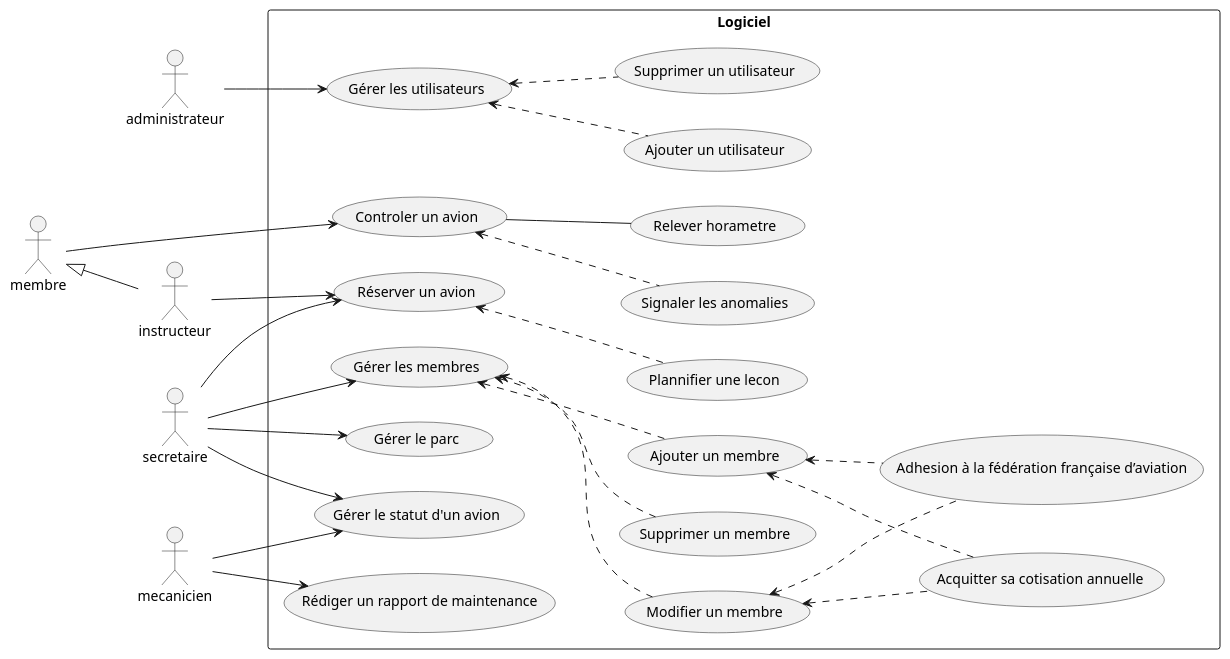
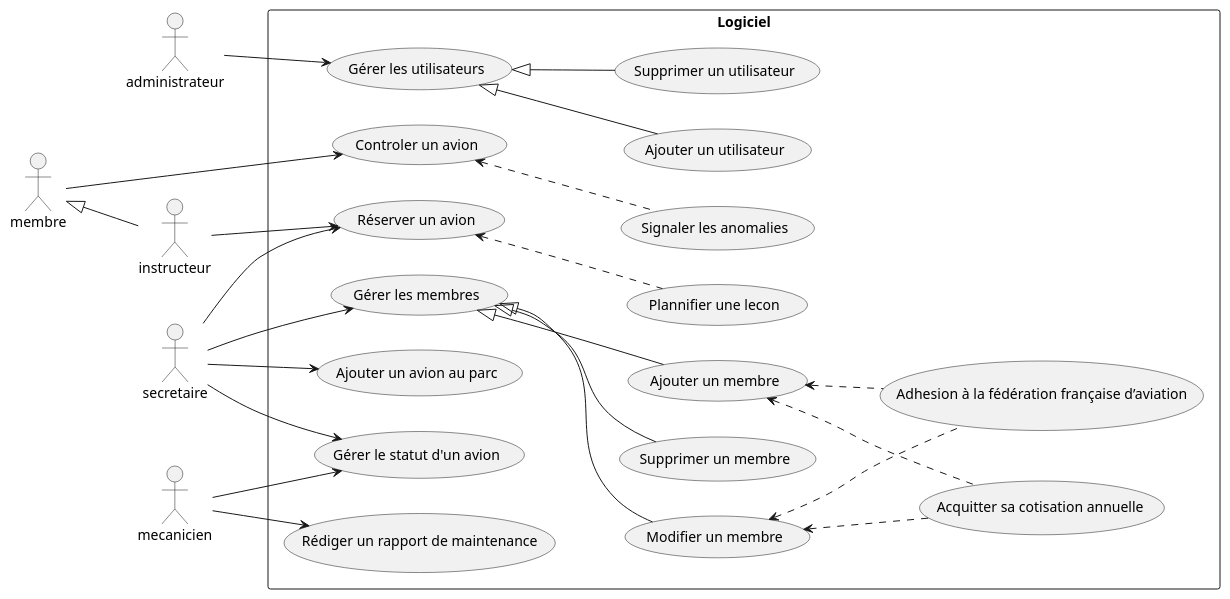
One commit to Wakayo-Quozorox/aero-UML changed the diagram in Usecase.md. Above: the diagram before and after it, drawn with PlantUML.

Commit message:
Changements du à l'ecriture des scenarios
- Modification des flèches des actions liées à "Gérer les membres" et "Gérer les utilisateurs"
- Suppression de l'action "Relever horamètre" qui est intégrée à "Controler un avion"
- Rename de la fonctione "gérer parc" en "ajouter un avion"

```diff
--- a/Usecase.md
+++ b/Usecase.md
@@ -3,79 +3,76 @@
 @startuml
 
 ' actors
 
 actor administrateur
 
 actor membre
 actor instructeur
 actor secretaire
 actor mecanicien
 
 ' heritage des acteurs
 top to bottom direction
 
 membre <|-- instructeur
 
 ' logiciel
 
 rectangle Logiciel {
     ' use cases    
-    (Gérer le parc) as gererParc
+    (Ajouter un avion au parc) as ajouterAvion
     (Réserver un avion) as reserverAvion
     (Controler un avion) as controlerAvion
     (Signaler les anomalies) as signalerAnomalie
-    (Relever horametre) as releverHorametre
     (Gérer le statut d'un avion) as gererStatutAvion
 
     (Plannifier une lecon) as plannifierLecon
     
     (Gérer les membres) as gererMembre
     (Ajouter un membre) as ajouterMembre
     (Modifier un membre) as modifierMembre
     (Supprimer un membre) as supprimerMembre
     (Acquitter sa cotisation annuelle) as acquitCotisation
     (Adhesion à la fédération française d’aviation) as adhesionFFA
 
     (Gérer les utilisateurs) as gererUtilisateurs
     (Ajouter un utilisateur) as ajouterUtilisateur
     (Supprimer un utilisateur) as supprimerUtilisateur
 
     (Rédiger un rapport de maintenance) as redigerRapport
 
     reserverAvion <.. plannifierLecon
 
     controlerAvion <.. signalerAnomalie
-    controlerAvion -- releverHorametre
 
-    gererUtilisateurs <.. ajouterUtilisateur
-    gererUtilisateurs <.. supprimerUtilisateur
+    gererUtilisateurs <|-- ajouterUtilisateur
+    gererUtilisateurs <|-- supprimerUtilisateur
 
-    gererMembre <.. ajouterMembre
-    gererMembre <.. modifierMembre
-    gererMembre <.. supprimerMembre
+    gererMembre <|-- ajouterMembre
+    gererMembre <|-- modifierMembre
+    gererMembre <|-- supprimerMembre
     modifierMembre <.. acquitCotisation
     modifierMembre <.. adhesionFFA
     
     ajouterMembre <.. acquitCotisation
     ajouterMembre <.. adhesionFFA
 }
 
 
 
 left to right direction
 
 membre --> controlerAvion
 
 secretaire --> gererMembre
 secretaire --> gererStatutAvion
 secretaire --> reserverAvion
-secretaire --> gererParc
-
+secretaire --> ajouterAvion
 administrateur --> gererUtilisateurs
 
 instructeur --> reserverAvion
 
 mecanicien --> redigerRapport
 mecanicien --> gererStatutAvion
 
 @enduml
```
